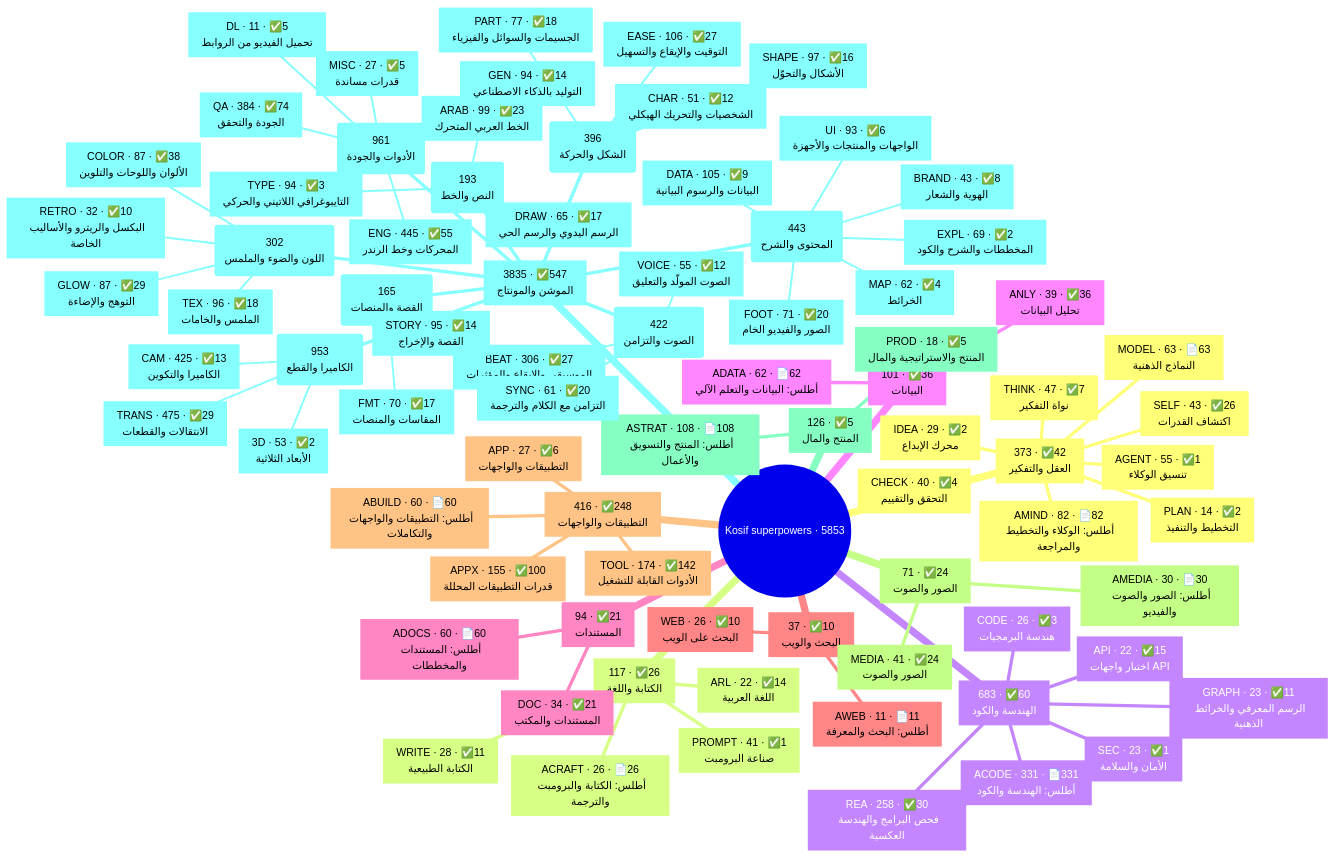
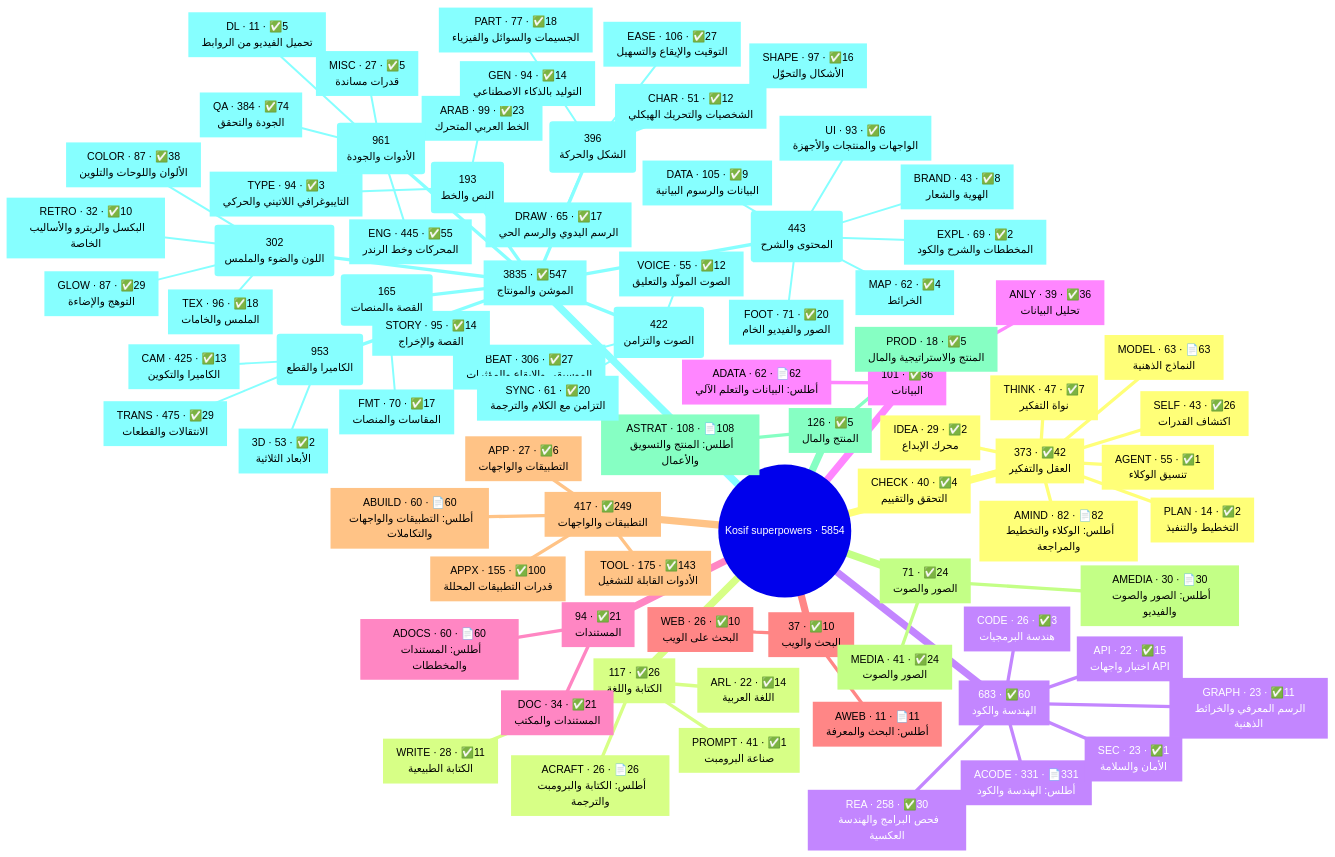
The first of 2 diagrams in .claude/skills/kosif-superpowers/references/capability-map.md (kosif199022-jpg/kosif-tool), drawn with Mermaid before and after one commit. The commit also changed other lines of this file and 48 other files, not shown here.

First line of the commit message:
Add NLE export: hand KOSIF timelines to DaVinci, Final Cut, Premiere, Blender and CapCut

````diff
--- a/.claude/skills/kosif-superpowers/references/capability-map.md
+++ b/.claude/skills/kosif-superpowers/references/capability-map.md
@@ -18,6 +18,6 @@
 ```mermaid
 mindmap
-  root((Kosif superpowers · 5853))
+  root((Kosif superpowers · 5854))
     n1["`373 · ✅42
 العقل والتفكير`"]
       n2["`AMIND · 82 · 📄82
@@ -78,9 +78,9 @@
 البحث على الويب`"]
       n30["`AWEB · 11 · 📄11
 أطلس: البحث والمعرفة`"]
-    n31["`416 · ✅248
+    n31["`417 · ✅249
 التطبيقات والواجهات`"]
-      n32["`TOOL · 174 · ✅142
+      n32["`TOOL · 175 · ✅143
 الأدوات القابلة للتشغيل`"]
       n33["`APPX · 155 · ✅100
 قدرات التطبيقات المحللة`"]
````
